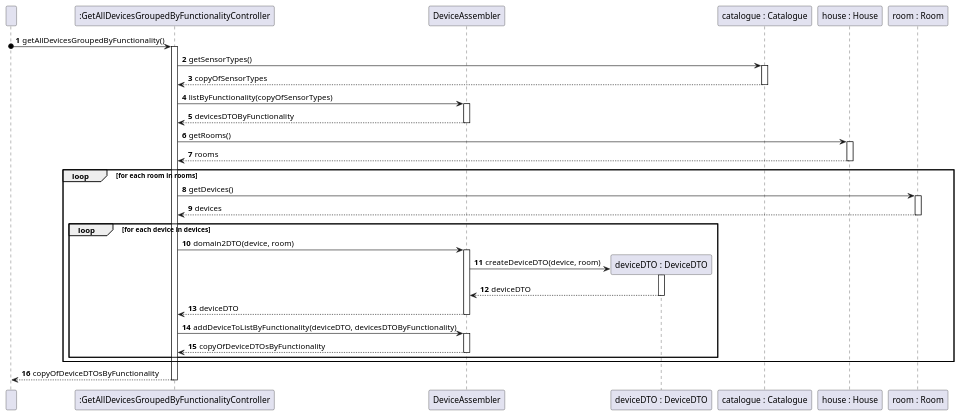
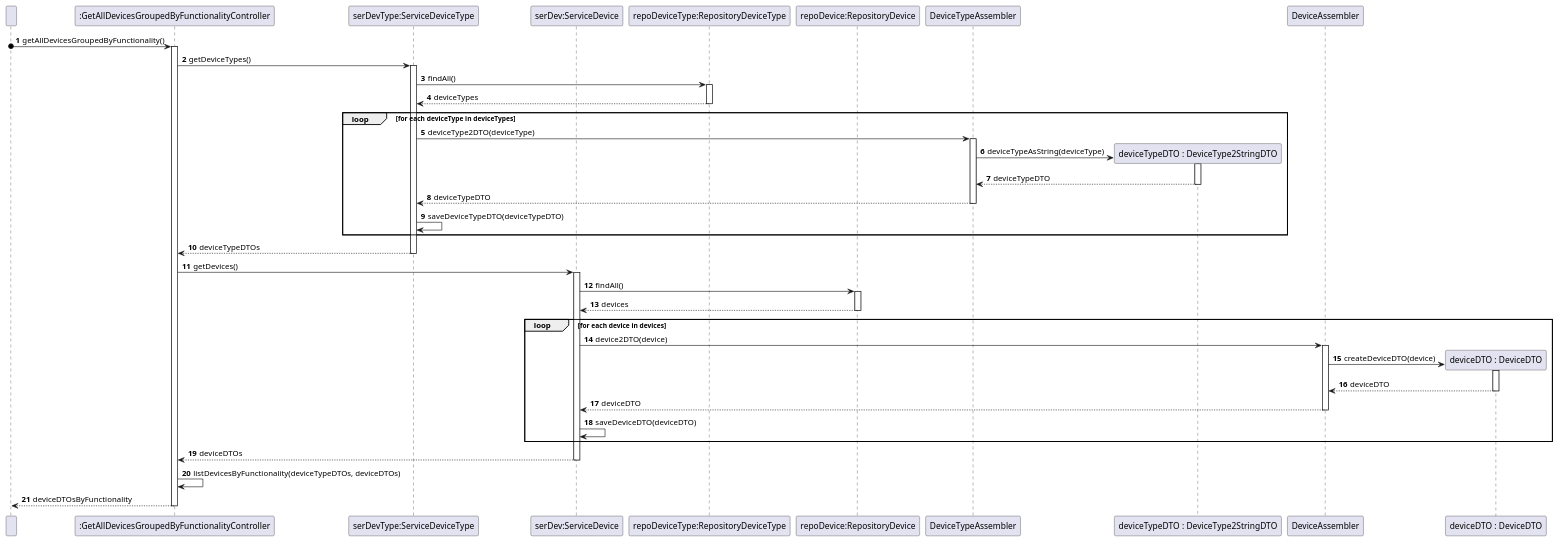
One commit to olivDiogo/SmartHome changed the diagram in docs/ood/sequenceDiagram/US09GetAllDevicesGroupedByFunctionality.puml. Above: the diagram before and after it, drawn with PlantUML.

Commit message:
#102 [NEW]: Added the Sequence Diagram for US09

```diff
--- a/docs/ood/sequenceDiagram/US09GetAllDevicesGroupedByFunctionality.puml
+++ b/docs/ood/sequenceDiagram/US09GetAllDevicesGroupedByFunctionality.puml
@@ -1,94 +1,113 @@
 @startuml
 'https://plantuml.com/sequence-diagram
 
 participant " " as User
 
 participant ":GetAllDevicesGroupedByFunctionalityController" as GetAllDevicesGroupedByFunctionalityController
 
+participant "serDevType:ServiceDeviceType" as ServiceDeviceType
+
+participant "serDev:ServiceDevice" as ServiceDevice
+
+participant "repoDeviceType:RepositoryDeviceType" as RepositoryDeviceType
+
+participant "repoDevice:RepositoryDevice" as RepositoryDevice
+
+participant "DeviceTypeAssembler" as DeviceTypeAssembler
+
+participant "deviceTypeDTO : DeviceType2StringDTO" as DeviceType2StringDTO
+
 participant "DeviceAssembler" as DeviceAssembler
 
 participant "deviceDTO : DeviceDTO" as DeviceDTO
-
-participant "catalogue : Catalogue" as Catalogue
-
-participant "house : House" as House
-
-participant "room : Room" as Room
 
 
 autonumber
 
 User o-> GetAllDevicesGroupedByFunctionalityController: getAllDevicesGroupedByFunctionality()
 
 activate GetAllDevicesGroupedByFunctionalityController
 
-GetAllDevicesGroupedByFunctionalityController -> Catalogue: getSensorTypes()
+GetAllDevicesGroupedByFunctionalityController -> ServiceDeviceType: getDeviceTypes()
+
+activate ServiceDeviceType
+
+ServiceDeviceType -> RepositoryDeviceType: findAll()
+
+activate RepositoryDeviceType
+
+RepositoryDeviceType --> ServiceDeviceType: deviceTypes
+
+deactivate RepositoryDeviceType
+
+loop for each deviceType in deviceTypes
+    ServiceDeviceType -> DeviceTypeAssembler: deviceType2DTO(deviceType)
+
+    activate DeviceTypeAssembler
+    create DeviceType2StringDTO
+    DeviceTypeAssembler -> DeviceType2StringDTO: deviceTypeAsString(deviceType)
+
+    activate DeviceType2StringDTO
+
+    DeviceType2StringDTO --> DeviceTypeAssembler: deviceTypeDTO
+
+    deactivate DeviceType2StringDTO
+
+    DeviceTypeAssembler --> ServiceDeviceType: deviceTypeDTO
+
+    deactivate DeviceTypeAssembler
+
+    ServiceDeviceType -> ServiceDeviceType: saveDeviceTypeDTO(deviceTypeDTO)
+
+end
+
+ServiceDeviceType --> GetAllDevicesGroupedByFunctionalityController : deviceTypeDTOs
+
+deactivate ServiceDeviceType
 
 
-activate Catalogue
 
-Catalogue --> GetAllDevicesGroupedByFunctionalityController: copyOfSensorTypes
+GetAllDevicesGroupedByFunctionalityController -> ServiceDevice : getDevices()
 
-deactivate Catalogue
+activate ServiceDevice
 
+ServiceDevice -> RepositoryDevice: findAll()
 
-GetAllDevicesGroupedByFunctionalityController -> DeviceAssembler: listByFunctionality(copyOfSensorTypes)
+activate RepositoryDevice
 
-activate DeviceAssembler
+RepositoryDevice --> ServiceDevice: devices
 
-DeviceAssembler --> GetAllDevicesGroupedByFunctionalityController: devicesDTOByFunctionality
+deactivate RepositoryDevice
 
-deactivate DeviceAssembler
+loop for each device in devices
+    ServiceDevice -> DeviceAssembler: device2DTO(device)
 
+    activate DeviceAssembler
+    create DeviceDTO
+    DeviceAssembler -> DeviceDTO: createDeviceDTO(device)
 
-GetAllDevicesGroupedByFunctionalityController -> House: getRooms()
+    activate DeviceDTO
 
-activate House
+    DeviceDTO --> DeviceAssembler: deviceDTO
 
-House --> GetAllDevicesGroupedByFunctionalityController: rooms
+    deactivate DeviceDTO
 
-deactivate House
+    DeviceAssembler --> ServiceDevice: deviceDTO
 
+    deactivate DeviceAssembler
 
-loop for each room in rooms
-    GetAllDevicesGroupedByFunctionalityController -> Room: getDevices()
+    ServiceDevice -> ServiceDevice: saveDeviceDTO(deviceDTO)
 
-    activate Room
-
-    Room --> GetAllDevicesGroupedByFunctionalityController: devices
-
-deactivate Room
-
-    loop for each device in devices
-        GetAllDevicesGroupedByFunctionalityController -> DeviceAssembler: domain2DTO(device, room)
-
-        activate DeviceAssembler
-
-        create DeviceDTO
-        DeviceAssembler -> DeviceDTO: createDeviceDTO(device, room)
-
-        activate DeviceDTO
-
-        DeviceDTO --> DeviceAssembler: deviceDTO
-
-        deactivate DeviceDTO
-
-        DeviceAssembler --> GetAllDevicesGroupedByFunctionalityController: deviceDTO
-
-        deactivate DeviceAssembler
-
-        GetAllDevicesGroupedByFunctionalityController -> DeviceAssembler: addDeviceToListByFunctionality(deviceDTO, devicesDTOByFunctionality)
-
-        activate DeviceAssembler
-
-        DeviceAssembler --> GetAllDevicesGroupedByFunctionalityController: copyOfDeviceDTOsByFunctionality
-
-        deactivate DeviceAssembler
-    end
 end
 
-GetAllDevicesGroupedByFunctionalityController --> User: copyOfDeviceDTOsByFunctionality
+ServiceDevice --> GetAllDevicesGroupedByFunctionalityController: deviceDTOs
+
+deactivate ServiceDevice
+
+GetAllDevicesGroupedByFunctionalityController -> GetAllDevicesGroupedByFunctionalityController: listDevicesByFunctionality(deviceTypeDTOs, deviceDTOs)
+
+GetAllDevicesGroupedByFunctionalityController --> User: deviceDTOsByFunctionality
 
 deactivate GetAllDevicesGroupedByFunctionalityController
 
 @enduml
```
